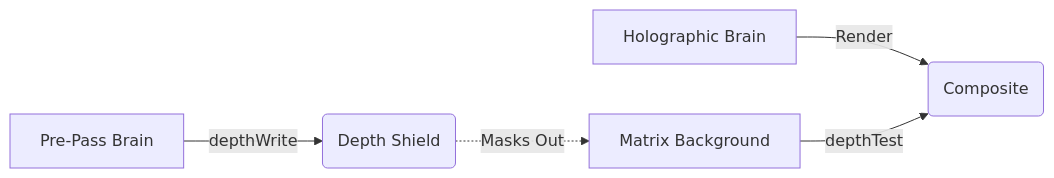
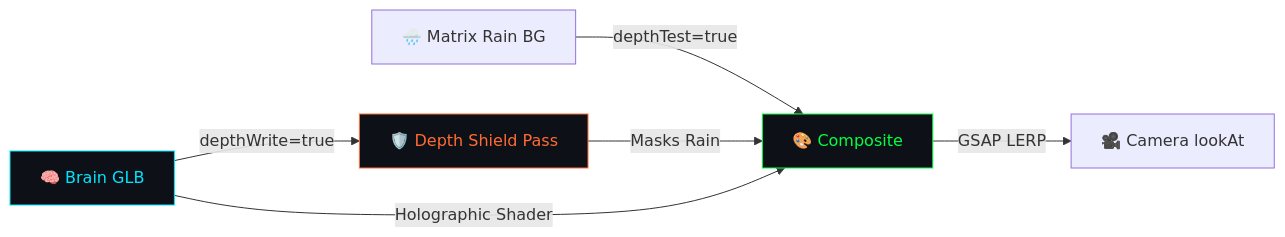
Before and after one commit to Rishabh02104/Rishabh02104: the second of 4 diagrams in README.md, drawn with Mermaid. The commit also changed other lines of this file, not shown here.

````diff
--- a/README.md
+++ b/README.md
@@ -169,7 +234,11 @@
 ```mermaid
 graph LR
-  Pre[Pre-Pass Brain] -->|depthWrite| Shield(Depth Shield)
-  Brain[Holographic Brain] -->|Render| Comp(Composite)
-  Rain[Matrix Background] -->|depthTest| Comp
-  Shield -.->|Masks Out| Rain
+  A[🧠 Brain GLB] -->|depthWrite=true| B[🛡️ Depth Shield Pass]
+  C[🌧️ Matrix Rain BG] -->|depthTest=true| D[🎨 Composite]
+  B -->|Masks Rain| D
+  A -->|Holographic Shader| D
+  D -->|GSAP LERP| E[🎥 Camera lookAt]
+  style A fill:#0d1117,stroke:#00E5FF,color:#00E5FF
+  style B fill:#0d1117,stroke:#FF6B35,color:#FF6B35
+  style D fill:#0d1117,stroke:#00FF41,color:#00FF41
 ```
````
